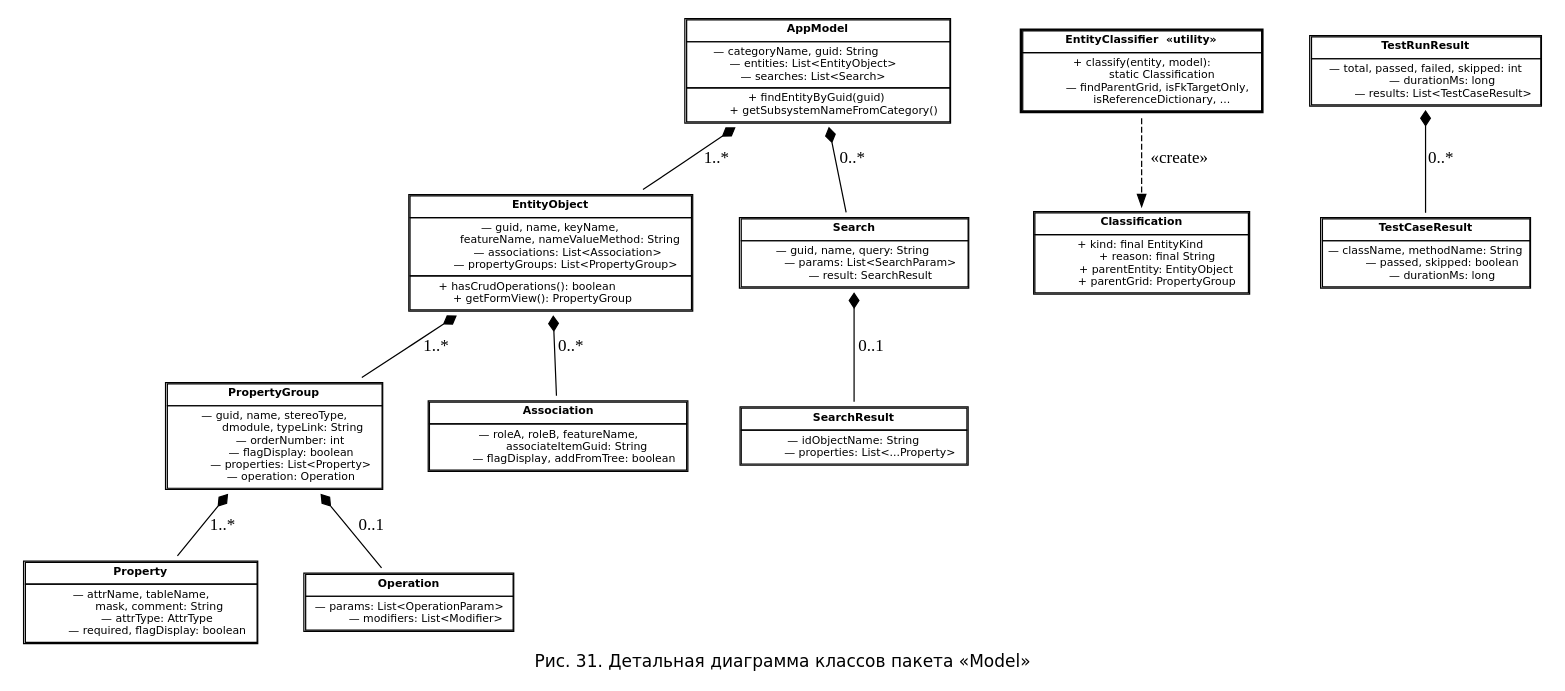
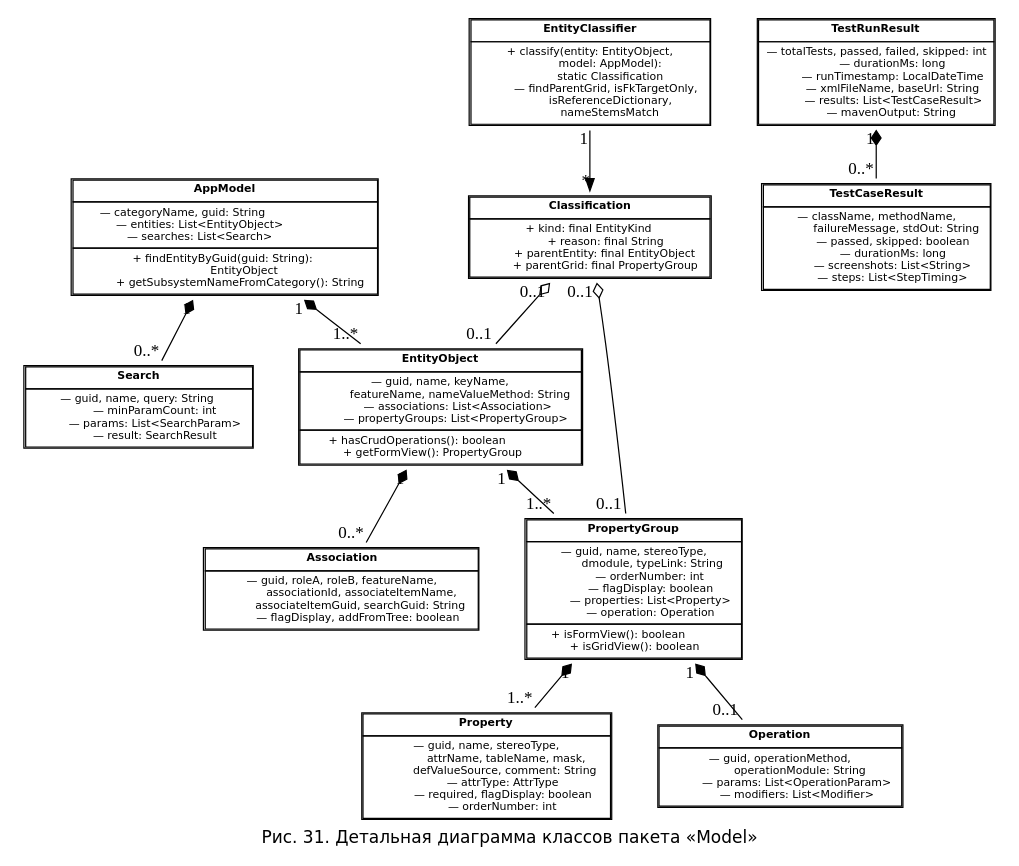
Before and after one commit to nastolbov/AutoTestGeneratorUpdate: the diagram in diagrams/cls_model_detail.dot, drawn with Graphviz. The commit also changed 45 other files, not shown here.

```diff
--- a/diagrams/cls_model_detail.dot
+++ b/diagrams/cls_model_detail.dot
@@ -1,97 +1,110 @@
 digraph MD {
     rankdir=TB; fontname="DejaVu Sans"; fontsize=14;
     label="Рис. 31. Детальная диаграмма классов пакета «Model»"; labelloc=b;
     nodesep=0.3; ranksep=0.5;
     node [fontname="DejaVu Sans", fontsize=9, shape=plaintext];
 
-    AppModel [label=<<TABLE BORDER="1" CELLBORDER="1" CELLSPACING="0" CELLPADDING="3" BGCOLOR="white">
+    AM [label=<<TABLE BORDER="1" CELLBORDER="1" CELLSPACING="0" CELLPADDING="3" BGCOLOR="white">
         <TR><TD><B>AppModel</B></TD></TR>
         <TR><TD ALIGN="LEFT">— categoryName, guid: String<BR/>
             — entities: List&lt;EntityObject&gt;<BR/>
             — searches: List&lt;Search&gt;</TD></TR>
-        <TR><TD ALIGN="LEFT">+ findEntityByGuid(guid)<BR/>
-            + getSubsystemNameFromCategory()</TD></TR></TABLE>>];
+        <TR><TD ALIGN="LEFT">+ findEntityByGuid(guid: String):<BR/>
+              EntityObject<BR/>
+            + getSubsystemNameFromCategory(): String</TD></TR></TABLE>>];
 
-    EntityObject [label=<<TABLE BORDER="1" CELLBORDER="1" CELLSPACING="0" CELLPADDING="3" BGCOLOR="white">
+    EO [label=<<TABLE BORDER="1" CELLBORDER="1" CELLSPACING="0" CELLPADDING="3" BGCOLOR="white">
         <TR><TD><B>EntityObject</B></TD></TR>
         <TR><TD ALIGN="LEFT">— guid, name, keyName,<BR/>
               featureName, nameValueMethod: String<BR/>
             — associations: List&lt;Association&gt;<BR/>
             — propertyGroups: List&lt;PropertyGroup&gt;</TD></TR>
         <TR><TD ALIGN="LEFT">+ hasCrudOperations(): boolean<BR/>
             + getFormView(): PropertyGroup</TD></TR></TABLE>>];
 
-    PropertyGroup [label=<<TABLE BORDER="1" CELLBORDER="1" CELLSPACING="0" CELLPADDING="3" BGCOLOR="white">
+    PG [label=<<TABLE BORDER="1" CELLBORDER="1" CELLSPACING="0" CELLPADDING="3" BGCOLOR="white">
         <TR><TD><B>PropertyGroup</B></TD></TR>
         <TR><TD ALIGN="LEFT">— guid, name, stereoType,<BR/>
               dmodule, typeLink: String<BR/>
             — orderNumber: int<BR/>
             — flagDisplay: boolean<BR/>
             — properties: List&lt;Property&gt;<BR/>
-            — operation: Operation</TD></TR></TABLE>>];
+            — operation: Operation</TD></TR>
+        <TR><TD ALIGN="LEFT">+ isFormView(): boolean<BR/>
+            + isGridView(): boolean</TD></TR></TABLE>>];
 
-    Property [label=<<TABLE BORDER="1" CELLBORDER="1" CELLSPACING="0" CELLPADDING="3" BGCOLOR="white">
+    P [label=<<TABLE BORDER="1" CELLBORDER="1" CELLSPACING="0" CELLPADDING="3" BGCOLOR="white">
         <TR><TD><B>Property</B></TD></TR>
-        <TR><TD ALIGN="LEFT">— attrName, tableName,<BR/>
-              mask, comment: String<BR/>
+        <TR><TD ALIGN="LEFT">— guid, name, stereoType,<BR/>
+              attrName, tableName, mask,<BR/>
+              defValueSource, comment: String<BR/>
             — attrType: AttrType<BR/>
-            — required, flagDisplay: boolean</TD></TR></TABLE>>];
+            — required, flagDisplay: boolean<BR/>
+            — orderNumber: int</TD></TR></TABLE>>];
 
-    Operation [label=<<TABLE BORDER="1" CELLBORDER="1" CELLSPACING="0" CELLPADDING="3" BGCOLOR="white">
+    Op [label=<<TABLE BORDER="1" CELLBORDER="1" CELLSPACING="0" CELLPADDING="3" BGCOLOR="white">
         <TR><TD><B>Operation</B></TD></TR>
-        <TR><TD ALIGN="LEFT">— params: List&lt;OperationParam&gt;<BR/>
+        <TR><TD ALIGN="LEFT">— guid, operationMethod,<BR/>
+              operationModule: String<BR/>
+            — params: List&lt;OperationParam&gt;<BR/>
             — modifiers: List&lt;Modifier&gt;</TD></TR></TABLE>>];
 
-    Association [label=<<TABLE BORDER="1" CELLBORDER="1" CELLSPACING="0" CELLPADDING="3" BGCOLOR="white">
+    A [label=<<TABLE BORDER="1" CELLBORDER="1" CELLSPACING="0" CELLPADDING="3" BGCOLOR="white">
         <TR><TD><B>Association</B></TD></TR>
-        <TR><TD ALIGN="LEFT">— roleA, roleB, featureName,<BR/>
-              associateItemGuid: String<BR/>
+        <TR><TD ALIGN="LEFT">— guid, roleA, roleB, featureName,<BR/>
+              associationId, associateItemName,<BR/>
+              associateItemGuid, searchGuid: String<BR/>
             — flagDisplay, addFromTree: boolean</TD></TR></TABLE>>];
 
-    Search [label=<<TABLE BORDER="1" CELLBORDER="1" CELLSPACING="0" CELLPADDING="3" BGCOLOR="white">
+    S [label=<<TABLE BORDER="1" CELLBORDER="1" CELLSPACING="0" CELLPADDING="3" BGCOLOR="white">
         <TR><TD><B>Search</B></TD></TR>
         <TR><TD ALIGN="LEFT">— guid, name, query: String<BR/>
+            — minParamCount: int<BR/>
             — params: List&lt;SearchParam&gt;<BR/>
             — result: SearchResult</TD></TR></TABLE>>];
 
-    SearchResult [label=<<TABLE BORDER="1" CELLBORDER="1" CELLSPACING="0" CELLPADDING="3" BGCOLOR="white">
-        <TR><TD><B>SearchResult</B></TD></TR>
-        <TR><TD ALIGN="LEFT">— idObjectName: String<BR/>
-            — properties: List&lt;...Property&gt;</TD></TR></TABLE>>];
-
-    EntityClassifier [label=<<TABLE BORDER="2" CELLBORDER="1" CELLSPACING="0" CELLPADDING="3" BGCOLOR="white">
-        <TR><TD><B>EntityClassifier  «utility»</B></TD></TR>
-        <TR><TD ALIGN="LEFT">+ classify(entity, model):<BR/>
+    EC [label=<<TABLE BORDER="1" CELLBORDER="1" CELLSPACING="0" CELLPADDING="3" BGCOLOR="white">
+        <TR><TD><B>EntityClassifier</B></TD></TR>
+        <TR><TD ALIGN="LEFT">+ classify(entity: EntityObject,<BR/>
+              model: AppModel):<BR/>
               static Classification<BR/>
             — findParentGrid, isFkTargetOnly,<BR/>
-              isReferenceDictionary, ...</TD></TR></TABLE>>];
+              isReferenceDictionary,<BR/>
+              nameStemsMatch</TD></TR></TABLE>>];
 
-    Classification [label=<<TABLE BORDER="1" CELLBORDER="1" CELLSPACING="0" CELLPADDING="3" BGCOLOR="white">
+    CL [label=<<TABLE BORDER="1" CELLBORDER="1" CELLSPACING="0" CELLPADDING="3" BGCOLOR="white">
         <TR><TD><B>Classification</B></TD></TR>
         <TR><TD ALIGN="LEFT">+ kind: final EntityKind<BR/>
             + reason: final String<BR/>
-            + parentEntity: EntityObject<BR/>
-            + parentGrid: PropertyGroup</TD></TR></TABLE>>];
+            + parentEntity: final EntityObject<BR/>
+            + parentGrid: final PropertyGroup</TD></TR></TABLE>>];
 
-    TestRunResult [label=<<TABLE BORDER="1" CELLBORDER="1" CELLSPACING="0" CELLPADDING="3" BGCOLOR="white">
+    TRR [label=<<TABLE BORDER="1" CELLBORDER="1" CELLSPACING="0" CELLPADDING="3" BGCOLOR="white">
         <TR><TD><B>TestRunResult</B></TD></TR>
-        <TR><TD ALIGN="LEFT">— total, passed, failed, skipped: int<BR/>
+        <TR><TD ALIGN="LEFT">— totalTests, passed, failed, skipped: int<BR/>
             — durationMs: long<BR/>
-            — results: List&lt;TestCaseResult&gt;</TD></TR></TABLE>>];
+            — runTimestamp: LocalDateTime<BR/>
+            — xmlFileName, baseUrl: String<BR/>
+            — results: List&lt;TestCaseResult&gt;<BR/>
+            — mavenOutput: String</TD></TR></TABLE>>];
 
-    TestCaseResult [label=<<TABLE BORDER="1" CELLBORDER="1" CELLSPACING="0" CELLPADDING="3" BGCOLOR="white">
+    TCR [label=<<TABLE BORDER="1" CELLBORDER="1" CELLSPACING="0" CELLPADDING="3" BGCOLOR="white">
         <TR><TD><B>TestCaseResult</B></TD></TR>
-        <TR><TD ALIGN="LEFT">— className, methodName: String<BR/>
+        <TR><TD ALIGN="LEFT">— className, methodName,<BR/>
+              failureMessage, stdOut: String<BR/>
             — passed, skipped: boolean<BR/>
-            — durationMs: long</TD></TR></TABLE>>];
+            — durationMs: long<BR/>
+            — screenshots: List&lt;String&gt;<BR/>
+            — steps: List&lt;StepTiming&gt;</TD></TR></TABLE>>];
 
-    AppModel      -> EntityObject  [arrowtail=diamond, dir=back, label="1..*"];
-    AppModel      -> Search        [arrowtail=diamond, dir=back, label="0..*"];
-    EntityObject  -> PropertyGroup [arrowtail=diamond, dir=back, label="1..*"];
-    EntityObject  -> Association   [arrowtail=diamond, dir=back, label="0..*"];
-    PropertyGroup -> Property      [arrowtail=diamond, dir=back, label="1..*"];
-    PropertyGroup -> Operation     [arrowtail=diamond, dir=back, label="0..1"];
-    Search        -> SearchResult  [arrowtail=diamond, dir=back, label="0..1"];
-    EntityClassifier -> Classification [style=dashed, label="«create»"];
-    TestRunResult -> TestCaseResult [arrowtail=diamond, dir=back, label="0..*"];
+    AM -> EO [arrowtail=diamond, dir=back, taillabel="1", headlabel="1..*"];
+    AM -> S  [arrowtail=diamond, dir=back, taillabel="1", headlabel="0..*"];
+    EO -> PG [arrowtail=diamond, dir=back, taillabel="1", headlabel="1..*"];
+    EO -> A  [arrowtail=diamond, dir=back, taillabel="1", headlabel="0..*"];
+    PG -> P  [arrowtail=diamond, dir=back, taillabel="1", headlabel="1..*"];
+    PG -> Op [arrowtail=diamond, dir=back, taillabel="1", headlabel="0..1"];
+    EC -> CL [taillabel="1", headlabel="*"];
+    TRR -> TCR [arrowtail=diamond, dir=back, taillabel="1", headlabel="0..*"];
+    CL -> EO [arrowtail=odiamond, dir=back, taillabel="0..1", headlabel="0..1"];
+    CL -> PG [arrowtail=odiamond, dir=back, taillabel="0..1", headlabel="0..1"];
 }
```
